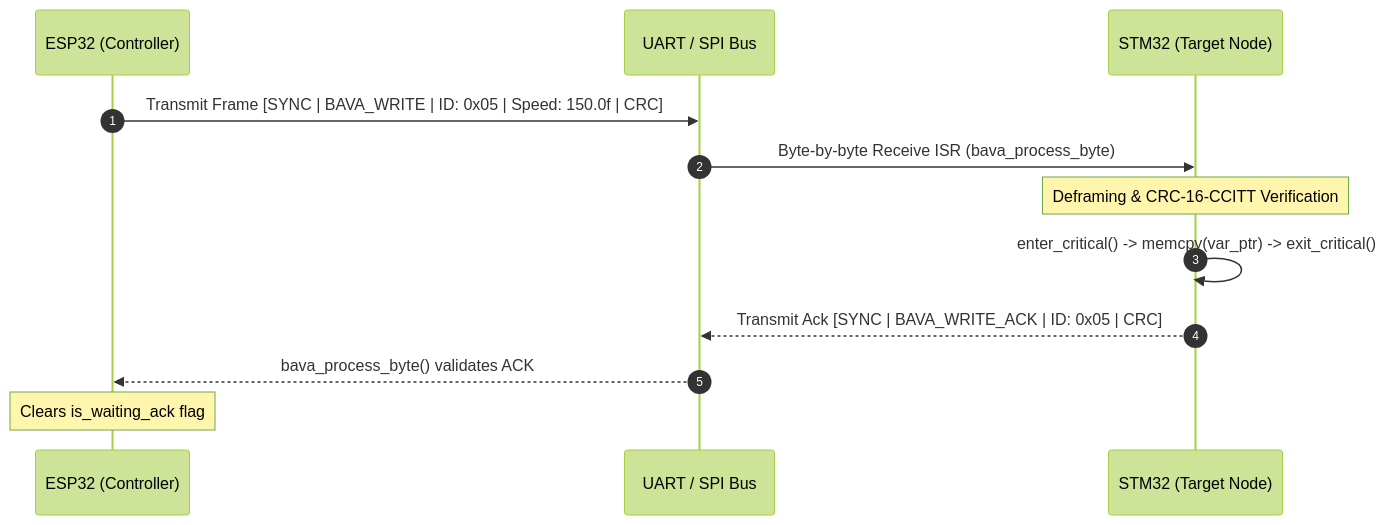
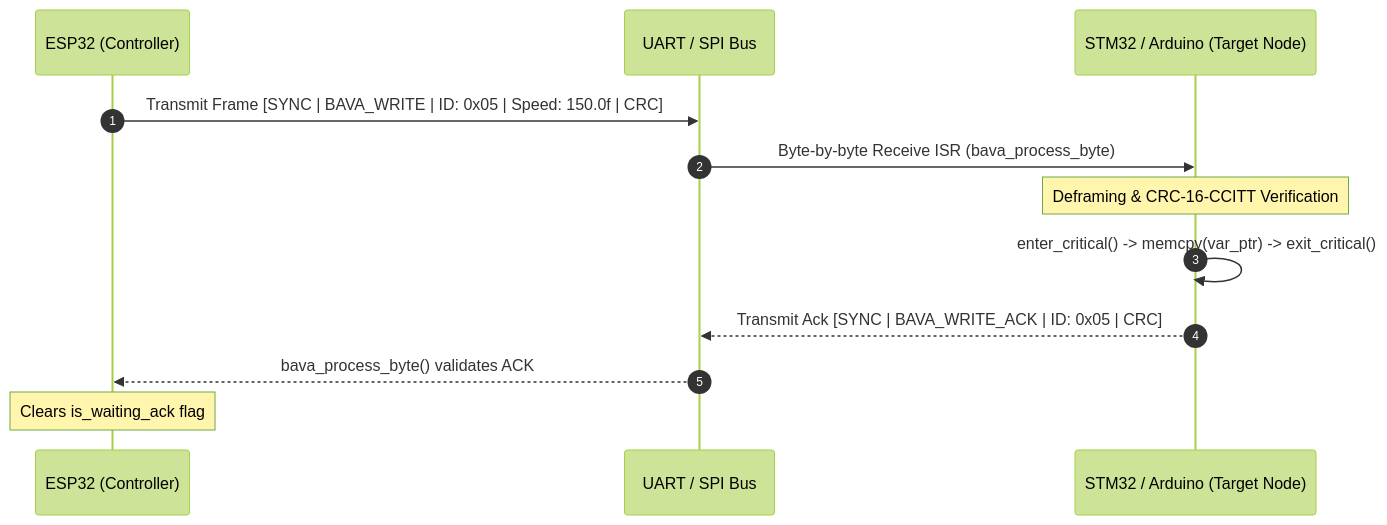
Before and after one commit to NishanthRaj707/bavaprotocol: the diagram in README.md, drawn with Mermaid (forest theme). The commit also changed other lines of this file and 5 other files, not shown here.

````diff
--- a/README.md
+++ b/README.md
@@ -42,15 +43,15 @@
 ```mermaid
 sequenceDiagram
     autonumber
     participant ESP32 as ESP32 (Controller)
     participant Bus as UART / SPI Bus
-    participant STM32 as STM32 (Target Node)
+    participant STM32 as STM32 / Arduino (Target Node)
 
     ESP32->>Bus: Transmit Frame [SYNC | BAVA_WRITE | ID: 0x05 | Speed: 150.0f | CRC]
     Bus->>STM32: Byte-by-byte Receive ISR (bava_process_byte)
     Note over STM32: Deframing & CRC-16-CCITT Verification
     STM32->>STM32: enter_critical() -> memcpy(var_ptr) -> exit_critical()
     STM32-->>Bus: Transmit Ack [SYNC | BAVA_WRITE_ACK | ID: 0x05 | CRC]
     Bus-->>ESP32: bava_process_byte() validates ACK
     Note over ESP32: Clears is_waiting_ack flag
 ```
````
